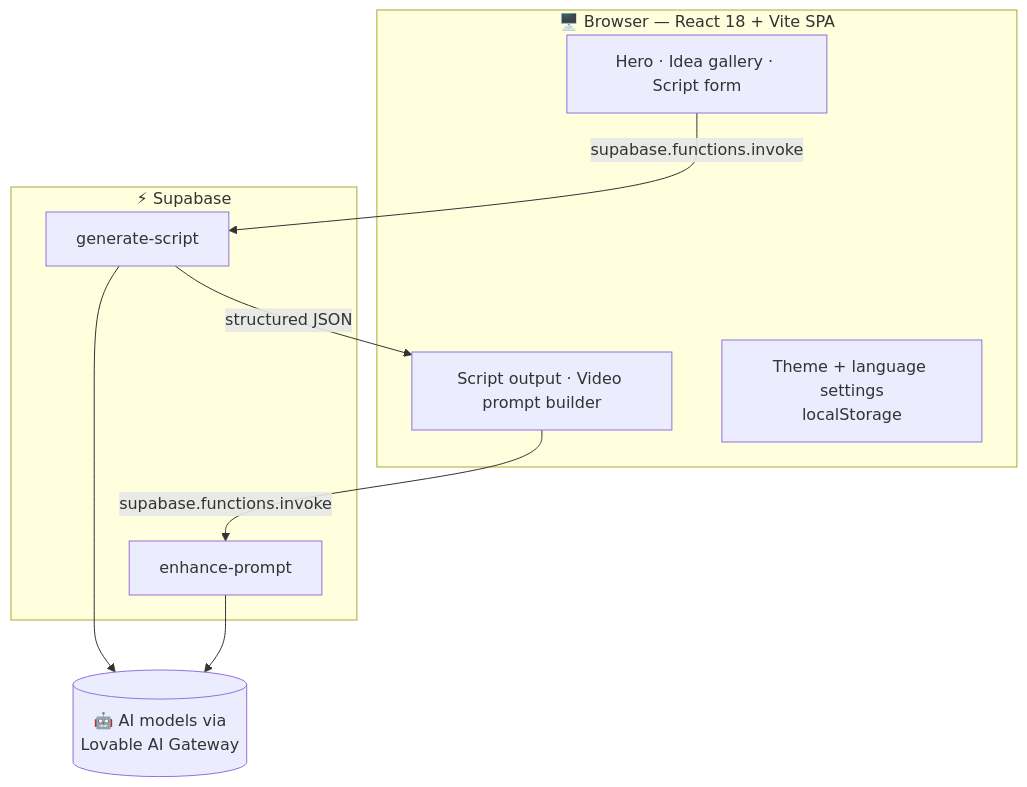
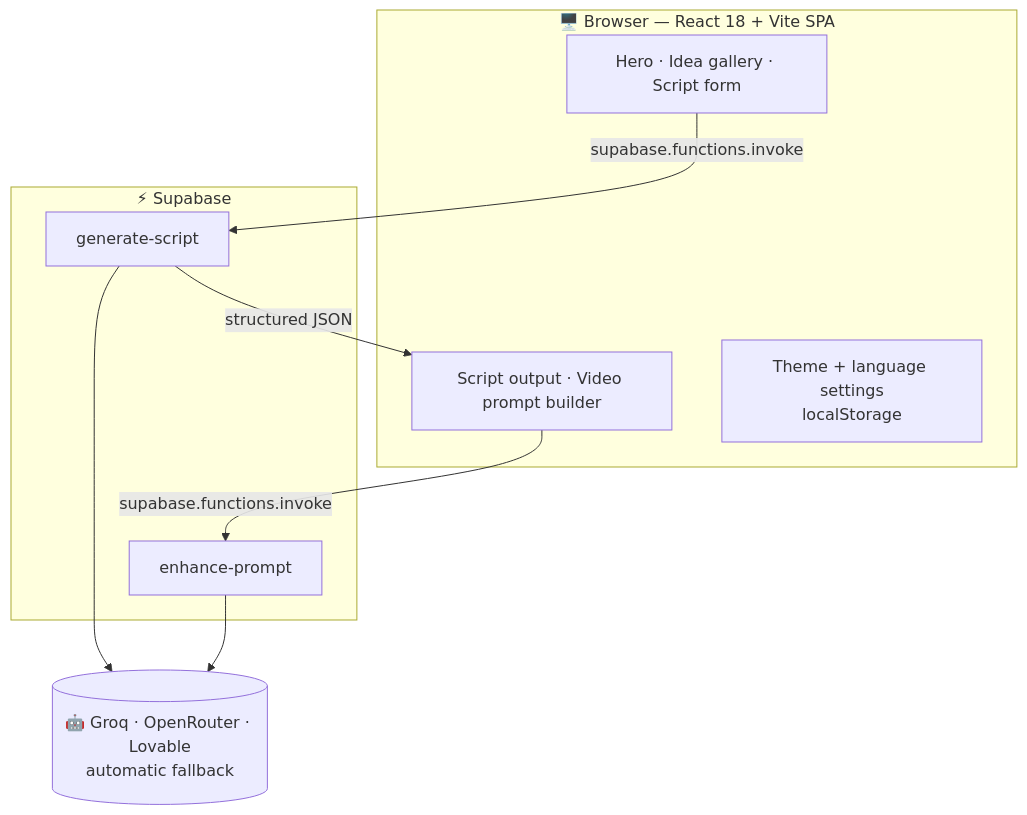
Before and after one commit to 3h0ll7/scriptforge-ai: the second of 2 diagrams in README.md, drawn with Mermaid. The commit also changed other lines of this file and 3 other files, not shown here.

First line of the commit message:
Use free open-weight models with provider fallback for AI calls

````diff
--- a/README.md
+++ b/README.md
@@ -104,19 +104,19 @@
 ```mermaid
 flowchart TB
     subgraph Browser["🖥️ Browser — React 18 + Vite SPA"]
         UI[Hero · Idea gallery · Script form]
         OUT[Script output · Video prompt builder]
         SET[Theme + language settings<br/>localStorage]
     end
     subgraph Supabase["⚡ Supabase"]
         GS[generate-script]
         EP[enhance-prompt]
     end
-    AI[(🤖 AI models via<br/>Lovable AI Gateway)]
+    AI[(🤖 Groq · OpenRouter · Lovable<br/>automatic fallback)]
 
     UI -- supabase.functions.invoke --> GS
     OUT -- supabase.functions.invoke --> EP
     GS --> AI
     EP --> AI
     GS -- structured JSON --> OUT
 ```
````
